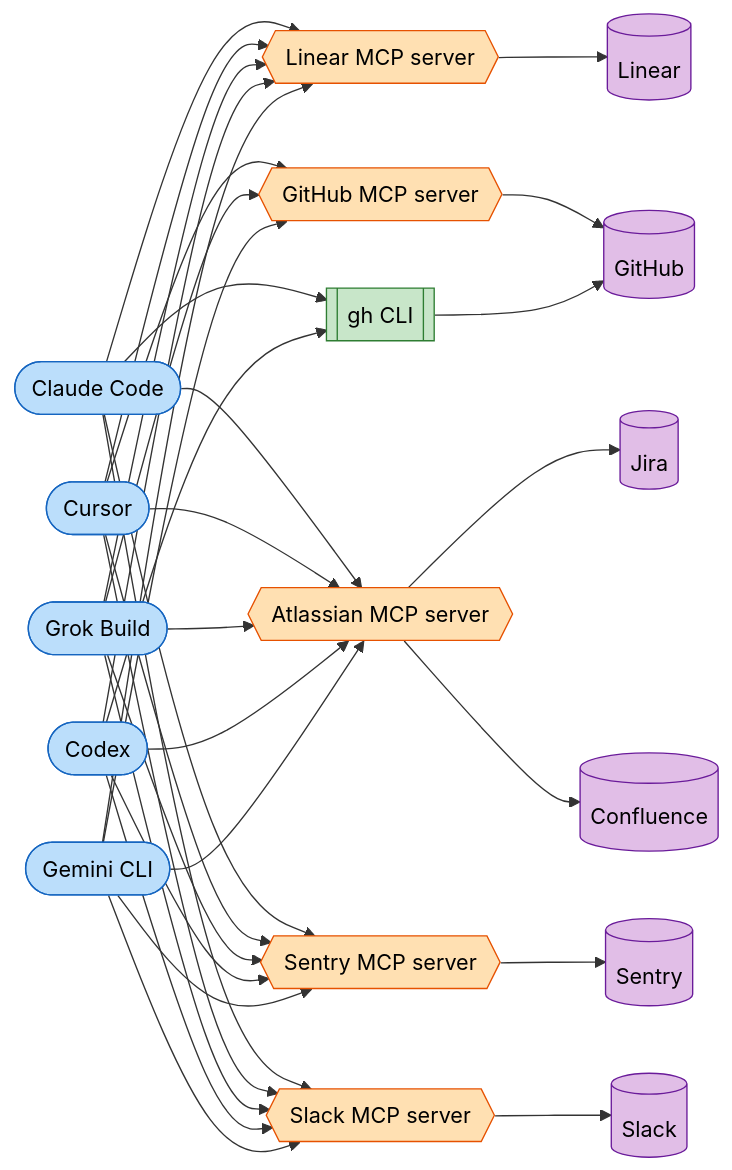
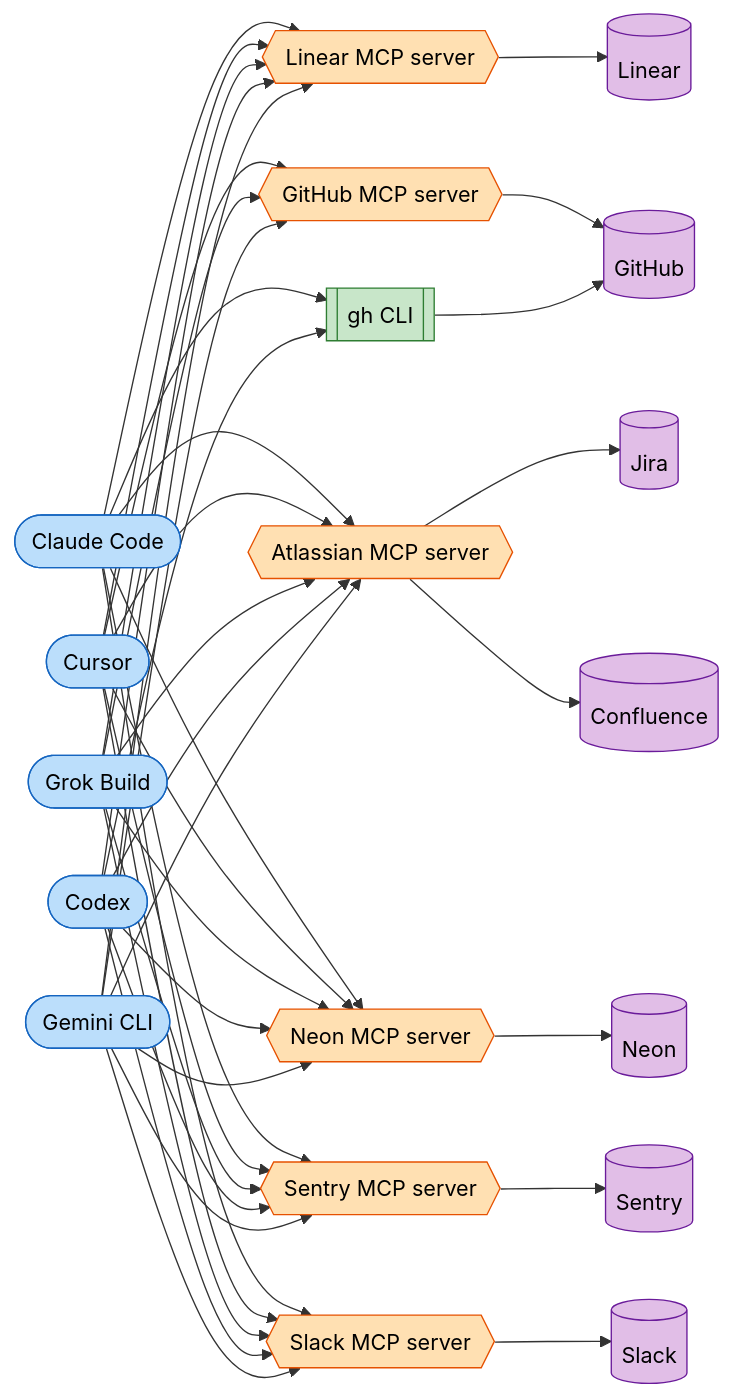
Before and after one commit to alephic-ai/foac: the first of 2 diagrams in README.md, drawn with Mermaid. The commit also changed other lines of this file and 12 other files, not shown here.

First line of the commit message:
feat: add a Neon provider (#43) (#81)

````diff
--- a/README.md
+++ b/README.md
@@ -19,22 +19,23 @@
 ```mermaid
 graph LR
-    CC([Claude Code]) --> LMCP & GHCLI & AMCP & SMCP & SLMCP
-    CU([Cursor]) --> LMCP & GHMCP & AMCP & SMCP & SLMCP
-    GRK([Grok Build]) --> LMCP & GHMCP & AMCP & SMCP & SLMCP
-    CX([Codex]) --> LMCP & GHCLI & AMCP & SMCP & SLMCP
-    GEM([Gemini CLI]) --> LMCP & GHMCP & AMCP & SMCP & SLMCP
+    CC([Claude Code]) --> LMCP & GHCLI & AMCP & NMCP & SMCP & SLMCP
+    CU([Cursor]) --> LMCP & GHMCP & AMCP & NMCP & SMCP & SLMCP
+    GRK([Grok Build]) --> LMCP & GHMCP & AMCP & NMCP & SMCP & SLMCP
+    CX([Codex]) --> LMCP & GHCLI & AMCP & NMCP & SMCP & SLMCP
+    GEM([Gemini CLI]) --> LMCP & GHMCP & AMCP & NMCP & SMCP & SLMCP
     LMCP{{Linear MCP server}} --> Linear[(Linear)]
     GHMCP{{GitHub MCP server}} --> GitHub[(GitHub)]
     GHCLI[[gh CLI]] --> GitHub
     AMCP{{Atlassian MCP server}} --> Jira[(Jira)] & Confluence[(Confluence)]
+    NMCP{{Neon MCP server}} --> Neon[(Neon)]
     SMCP{{Sentry MCP server}} --> Sentry[(Sentry)]
     SLMCP{{Slack MCP server}} --> Slack[(Slack)]
     classDef harness fill:#bbdefb,stroke:#1565c0,color:#000
     classDef mcp fill:#ffe0b2,stroke:#e65100,color:#000
     classDef cli fill:#c8e6c9,stroke:#2e7d32,color:#000
     classDef provider fill:#e1bee7,stroke:#6a1b9a,color:#000
     class CC,CU,GRK,CX,GEM harness
-    class LMCP,GHMCP,AMCP,SMCP,SLMCP mcp
+    class LMCP,GHMCP,AMCP,NMCP,SMCP,SLMCP mcp
     class GHCLI cli
-    class Linear,GitHub,Jira,Confluence,Sentry,Slack provider
+    class Linear,GitHub,Jira,Confluence,Neon,Sentry,Slack provider
 ```
````
